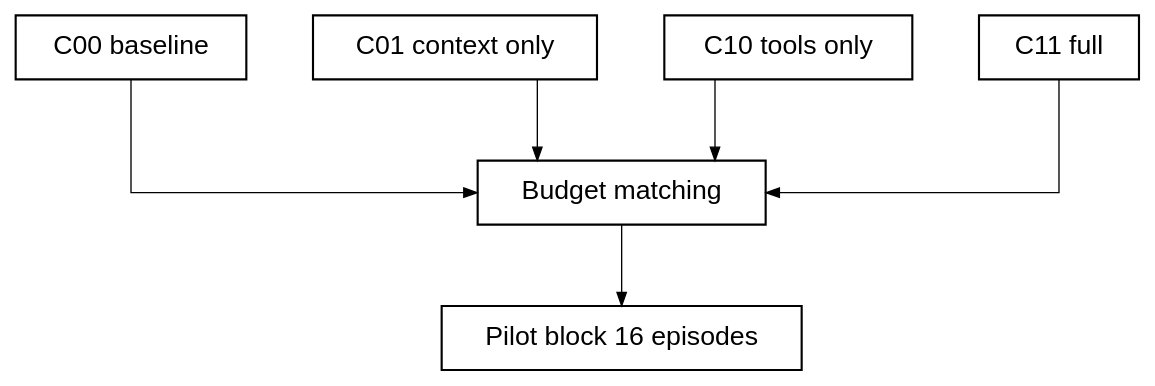
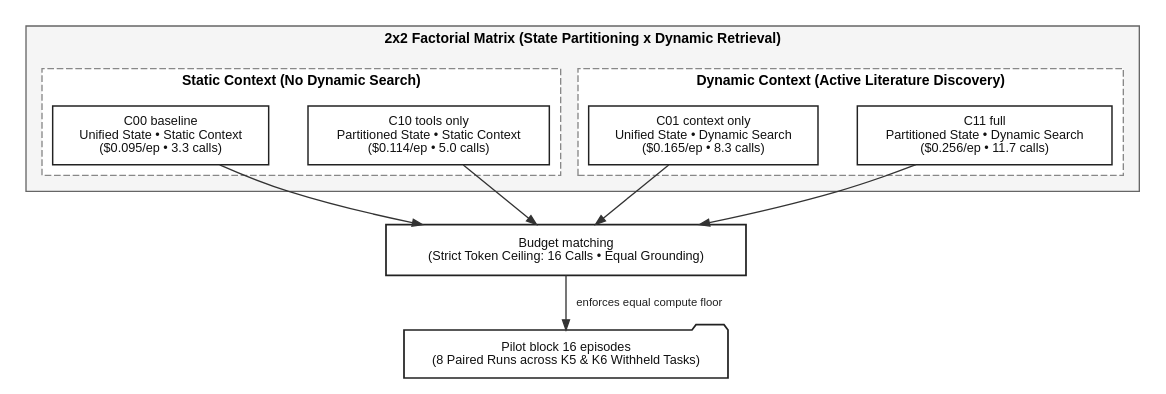
The diagram in paper/figures/rendered/fig-06.dot (umyunsang/argo), drawn with Graphviz before and after one commit. The commit also changed 32 other files, not shown here.

Commit message:
feat(paper): redesign all 9 figures into rich multi-tier technical architecture schematics with balanced aspect ratios

```diff
--- a/paper/figures/rendered/fig-06.dot
+++ b/paper/figures/rendered/fig-06.dot
@@ -1,19 +1,80 @@
-digraph G {
+digraph FactorialDesign {
+  compound=true;
   rankdir=TB;
   bgcolor=white;
-  node [shape=box, style=solid, color=black, fontcolor=black, fontname="Helvetica", fontsize=20, penwidth=1.6, margin="0.30,0.18"];
-  edge [color=black, fontcolor=black, arrowhead=normal, penwidth=1.0];
-  splines=ortho;
-  nodesep=0.70; ranksep=0.85;
-  "C00 baseline" [label="C00 baseline"];
-  "C01 context only" [label="C01 context only"];
-  "C10 tools only" [label="C10 tools only"];
-  "C11 full" [label="C11 full"];
-  "Budget matching" [label="Budget matching"];
-  "Pilot block 16 episodes" [label="Pilot block 16 episodes"];
-  "C00 baseline" -> "Budget matching";
-  "C01 context only" -> "Budget matching";
-  "C10 tools only" -> "Budget matching";
-  "C11 full" -> "Budget matching";
-  "Budget matching" -> "Pilot block 16 episodes";
+  nodesep=0.40;
+  ranksep=0.45;
+
+  node [
+    shape=box,
+    style="filled,solid",
+    fillcolor="#FFFFFF",
+    color="#222222",
+    fontcolor="#111111",
+    fontname="Helvetica",
+    fontsize=9.5,
+    penwidth=1.1,
+    margin="0.14,0.10"
+  ];
+
+  edge [
+    color="#333333",
+    fontcolor="#222222",
+    fontname="Helvetica",
+    fontsize=8.5,
+    arrowhead=normal,
+    arrowsize=0.75,
+    penwidth=1.0
+  ];
+
+  subgraph cluster_cells {
+    label="2x2 Factorial Matrix (State Partitioning x Dynamic Retrieval)";
+    fontname="Helvetica-Bold";
+    fontsize=10.5;
+    color="#666666";
+    fillcolor="#F5F5F5";
+    style="filled,solid";
+    margin=12;
+
+    subgraph cluster_row1 {
+      label="Static Context (No Dynamic Search)";
+      style="dashed";
+      color="#888888";
+      margin=8;
+
+      c00 [label="C00 baseline\nUnified State • Static Context\n($0.095/ep • 3.3 calls)"];
+      c10 [label="C10 tools only\nPartitioned State • Static Context\n($0.114/ep • 5.0 calls)"];
+    }
+
+    subgraph cluster_row2 {
+      label="Dynamic Context (Active Literature Discovery)";
+      style="dashed";
+      color="#888888";
+      margin=8;
+
+      c01 [label="C01 context only\nUnified State • Dynamic Search\n($0.165/ep • 8.3 calls)"];
+      c11 [label="C11 full\nPartitioned State • Dynamic Search\n($0.256/ep • 11.7 calls)"];
+    }
+  }
+
+  budget_match [
+    label="Budget matching\n(Strict Token Ceiling: 16 Calls • Equal Grounding)",
+    shape=box,
+    style="filled,bold",
+    margin="0.22,0.12",
+    penwidth=1.3
+  ];
+
+  pilot_block [
+    label="Pilot block 16 episodes\n(8 Paired Runs across K5 & K6 Withheld Tasks)",
+    shape=folder,
+    penwidth=1.3
+  ];
+
+  c00 -> budget_match;
+  c01 -> budget_match;
+  c10 -> budget_match;
+  c11 -> budget_match;
+
+  budget_match -> pilot_block [label="enforces equal compute floor"];
 }
```
